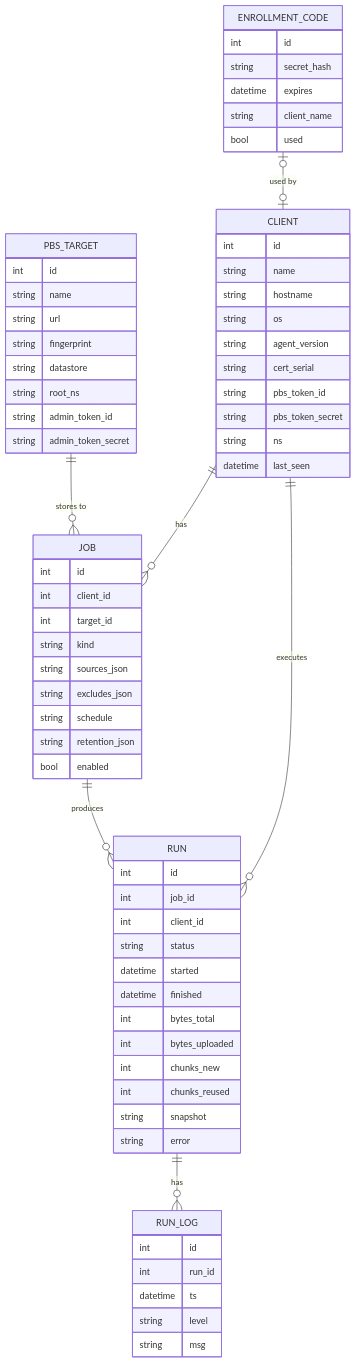
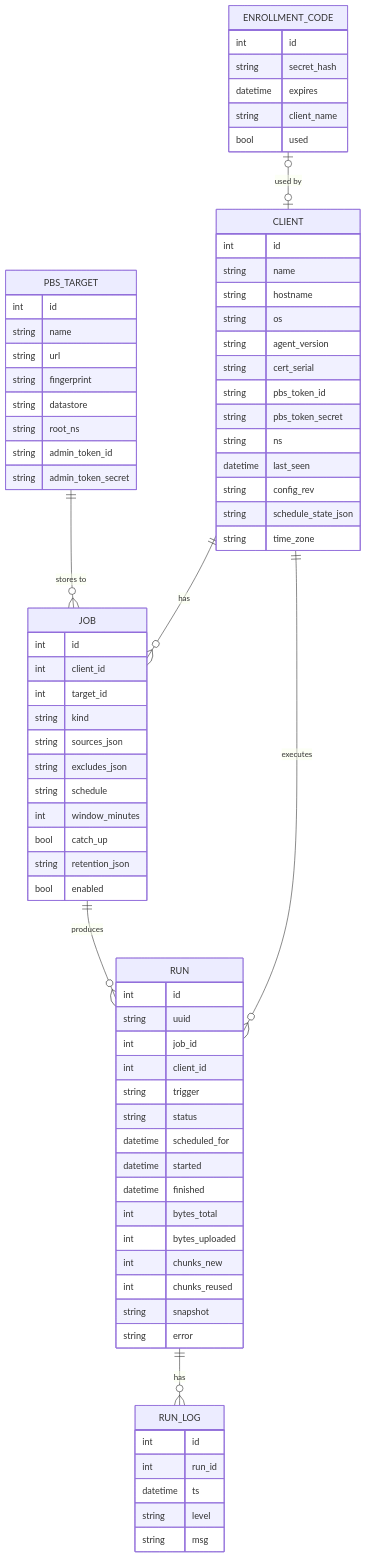
One commit to Lopicl/proxbackup-solution changed the third of 4 diagrams in docs/architecture.md. Above: the diagram before and after it, drawn with Mermaid. The commit also changed other lines of this file and 21 other files, not shown here.

````diff
--- a/docs/architecture.md
+++ b/docs/architecture.md
@@ -150,16 +193,16 @@
 ```mermaid
 erDiagram
   PBS_TARGET ||--o{ JOB : "stores to"
   CLIENT ||--o{ JOB : has
   JOB ||--o{ RUN : produces
   RUN ||--o{ RUN_LOG : has
   CLIENT ||--o{ RUN : executes
   ENROLLMENT_CODE |o--o| CLIENT : "used by"
 
   PBS_TARGET { int id string name string url string fingerprint string datastore string root_ns string admin_token_id string admin_token_secret }
-  CLIENT { int id string name string hostname string os string agent_version string cert_serial string pbs_token_id string pbs_token_secret string ns datetime last_seen }
-  JOB { int id int client_id int target_id string kind string sources_json string excludes_json string schedule string retention_json bool enabled }
-  RUN { int id int job_id int client_id string status datetime started datetime finished int bytes_total int bytes_uploaded int chunks_new int chunks_reused string snapshot string error }
+  CLIENT { int id string name string hostname string os string agent_version string cert_serial string pbs_token_id string pbs_token_secret string ns datetime last_seen string config_rev string schedule_state_json string time_zone }
+  JOB { int id int client_id int target_id string kind string sources_json string excludes_json string schedule int window_minutes bool catch_up string retention_json bool enabled }
+  RUN { int id string uuid int job_id int client_id string trigger string status datetime scheduled_for datetime started datetime finished int bytes_total int bytes_uploaded int chunks_new int chunks_reused string snapshot string error }
   RUN_LOG { int id int run_id datetime ts string level string msg }
   ENROLLMENT_CODE { int id string secret_hash datetime expires string client_name bool used }
 ```
````
